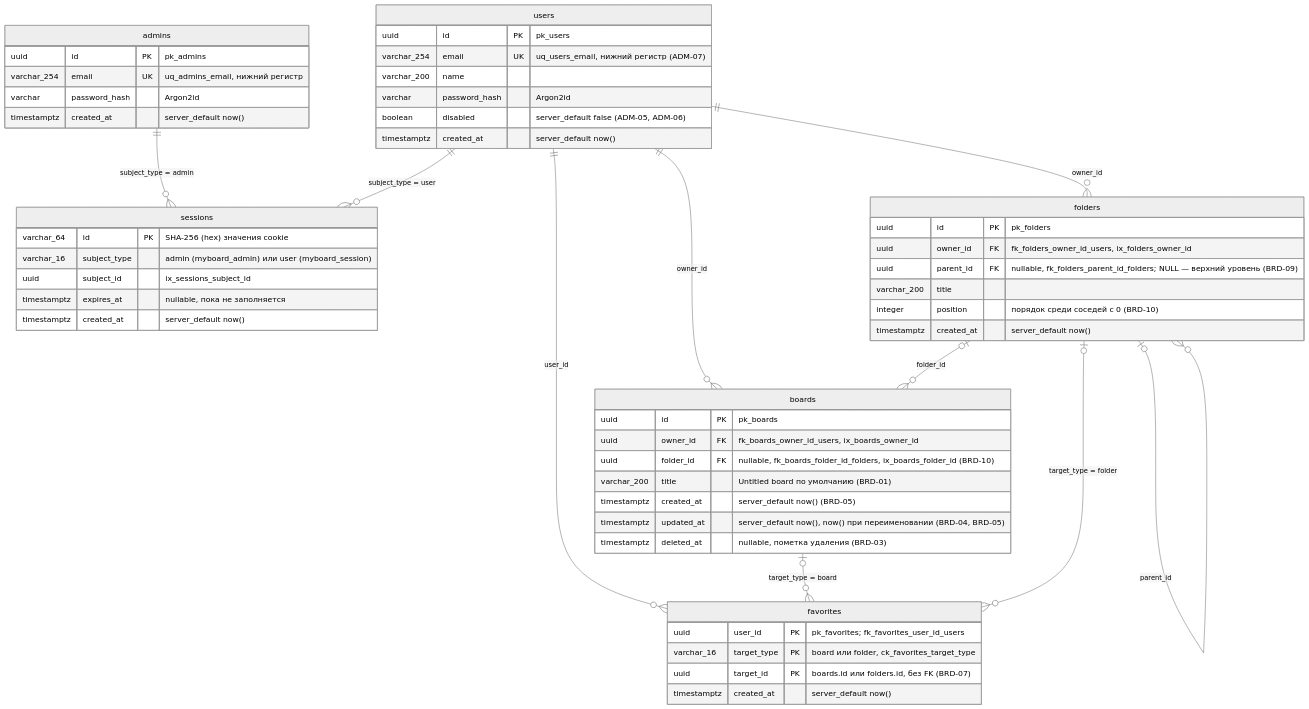
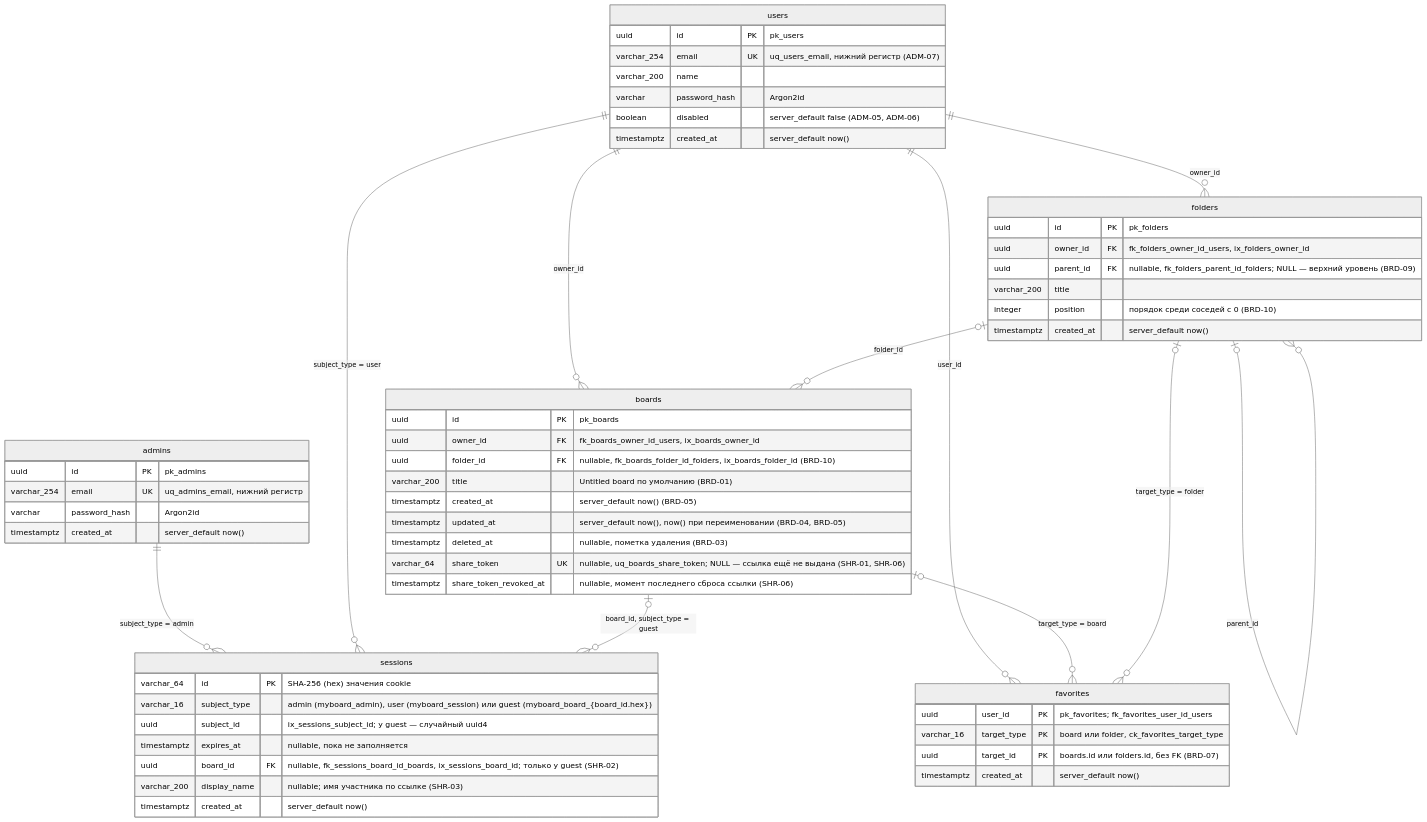
The diagram in uml/data-model.md (shumakove/myboard), drawn with Mermaid (neutral theme) before and after one commit. The commit also changed other lines of this file and 7 other files, not shown here.

Commit message:
T3.1: Обновить UML-схемы ссылки на доску

````diff
--- a/uml/data-model.md
+++ b/uml/data-model.md
@@ -5,56 +5,61 @@
 ```mermaid
 erDiagram
   admins {
     uuid id PK "pk_admins"
     varchar_254 email UK "uq_admins_email, нижний регистр"
     varchar password_hash "Argon2id"
     timestamptz created_at "server_default now()"
   }
   users {
     uuid id PK "pk_users"
     varchar_254 email UK "uq_users_email, нижний регистр (ADM-07)"
     varchar_200 name
     varchar password_hash "Argon2id"
     boolean disabled "server_default false (ADM-05, ADM-06)"
     timestamptz created_at "server_default now()"
   }
   sessions {
     varchar_64 id PK "SHA-256 (hex) значения cookie"
-    varchar_16 subject_type "admin (myboard_admin) или user (myboard_session)"
-    uuid subject_id "ix_sessions_subject_id"
+    varchar_16 subject_type "admin (myboard_admin), user (myboard_session) или guest (myboard_board_{board_id.hex})"
+    uuid subject_id "ix_sessions_subject_id; у guest — случайный uuid4"
     timestamptz expires_at "nullable, пока не заполняется"
+    uuid board_id FK "nullable, fk_sessions_board_id_boards, ix_sessions_board_id; только у guest (SHR-02)"
+    varchar_200 display_name "nullable; имя участника по ссылке (SHR-03)"
     timestamptz created_at "server_default now()"
   }
   folders {
     uuid id PK "pk_folders"
     uuid owner_id FK "fk_folders_owner_id_users, ix_folders_owner_id"
     uuid parent_id FK "nullable, fk_folders_parent_id_folders; NULL — верхний уровень (BRD-09)"
     varchar_200 title
     integer position "порядок среди соседей с 0 (BRD-10)"
     timestamptz created_at "server_default now()"
   }
   boards {
     uuid id PK "pk_boards"
     uuid owner_id FK "fk_boards_owner_id_users, ix_boards_owner_id"
     uuid folder_id FK "nullable, fk_boards_folder_id_folders, ix_boards_folder_id (BRD-10)"
     varchar_200 title "Untitled board по умолчанию (BRD-01)"
     timestamptz created_at "server_default now() (BRD-05)"
     timestamptz updated_at "server_default now(), now() при переименовании (BRD-04, BRD-05)"
     timestamptz deleted_at "nullable, пометка удаления (BRD-03)"
+    varchar_64 share_token UK "nullable, uq_boards_share_token; NULL — ссылка ещё не выдана (SHR-01, SHR-06)"
+    timestamptz share_token_revoked_at "nullable, момент последнего сброса ссылки (SHR-06)"
   }
   favorites {
     uuid user_id PK "pk_favorites; fk_favorites_user_id_users"
     varchar_16 target_type PK "board или folder, ck_favorites_target_type"
     uuid target_id PK "boards.id или folders.id, без FK (BRD-07)"
     timestamptz created_at "server_default now()"
   }
   admins ||--o{ sessions : "subject_type = admin"
   users ||--o{ sessions : "subject_type = user"
+  boards |o--o{ sessions : "board_id, subject_type = guest"
   users ||--o{ boards : "owner_id"
   users ||--o{ folders : "owner_id"
   folders |o--o{ folders : "parent_id"
   folders |o--o{ boards : "folder_id"
   users ||--o{ favorites : "user_id"
   boards |o--o{ favorites : "target_type = board"
   folders |o--o{ favorites : "target_type = folder"
 ```
````
